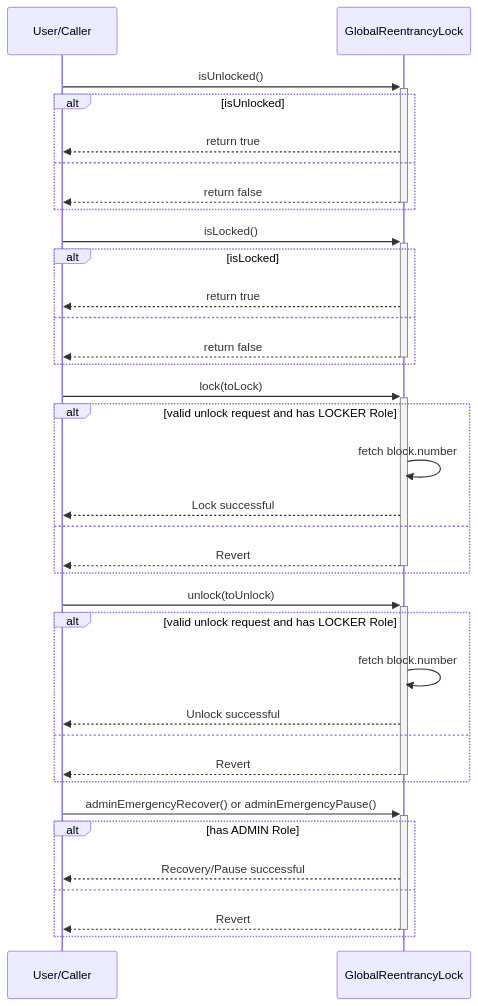
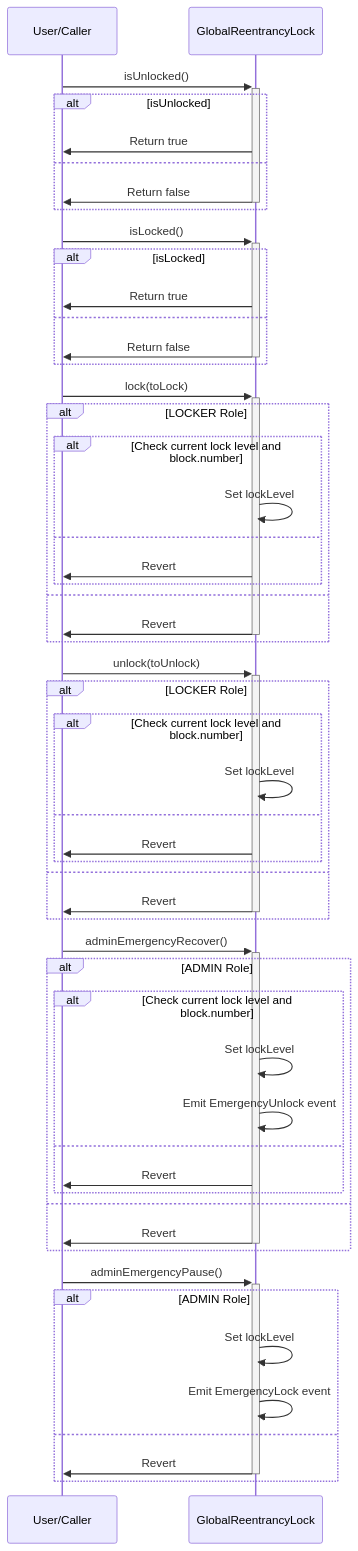
The second of 2 diagrams in doc/contracts/core/GlobalReentrancyLock.md (ZTX-Foundation/tuxedo), drawn with Mermaid before and after one commit. The commit also changed 17 other files, not shown here.

````diff
--- a/doc/contracts/core/GlobalReentrancyLock.md
+++ b/doc/contracts/core/GlobalReentrancyLock.md
@@ -18,42 +18,61 @@
 ```mermaid
 sequenceDiagram
     participant User as User/Caller
     participant GlobalReentrancyLock
 
     User->>+GlobalReentrancyLock: isUnlocked()
     alt isUnlocked
-        GlobalReentrancyLock-->>User: return true
+        GlobalReentrancyLock->>User: Return true
     else
-        GlobalReentrancyLock-->>-User: return false
+        GlobalReentrancyLock->>-User: Return false
     end
     
     User->>+GlobalReentrancyLock: isLocked()
     alt isLocked
-        GlobalReentrancyLock-->>User: return true
+        GlobalReentrancyLock->>User: Return true
     else
-        GlobalReentrancyLock-->>-User: return false
+        GlobalReentrancyLock->>-User: Return false
     end
     
     User->>+GlobalReentrancyLock: lock(toLock)
-    alt valid unlock request and has LOCKER Role
-        GlobalReentrancyLock->>GlobalReentrancyLock: fetch block.number
-        GlobalReentrancyLock-->>User: Lock successful
+    alt LOCKER Role
+        alt Check current lock level and block.number
+            GlobalReentrancyLock->>GlobalReentrancyLock: Set lockLevel
+        else
+            GlobalReentrancyLock->>User: Revert
+        end
     else
-        GlobalReentrancyLock-->>-User: Revert
+        GlobalReentrancyLock->>-User: Revert
+    end
+
+    User->>+GlobalReentrancyLock: unlock(toUnlock)
+    alt LOCKER Role
+        alt Check current lock level and block.number
+            GlobalReentrancyLock->>GlobalReentrancyLock: Set lockLevel
+        else
+            GlobalReentrancyLock->>User: Revert
+        end
+    else
+        GlobalReentrancyLock->>-User: Revert
     end
     
-    User->>+GlobalReentrancyLock: unlock(toUnlock)
-    alt valid unlock request and has LOCKER Role
-        GlobalReentrancyLock->>GlobalReentrancyLock: fetch block.number
-        GlobalReentrancyLock-->>User: Unlock successful
+    User->>+GlobalReentrancyLock: adminEmergencyRecover()
+    alt ADMIN Role
+        alt Check current lock level and block.number
+            GlobalReentrancyLock->>GlobalReentrancyLock: Set lockLevel
+            GlobalReentrancyLock->>GlobalReentrancyLock: Emit EmergencyUnlock event
+        else
+            GlobalReentrancyLock->>User: Revert
+        end
     else
-        GlobalReentrancyLock-->>-User: Revert
+        GlobalReentrancyLock->>-User: Revert
     end
     
-    User->>+GlobalReentrancyLock: adminEmergencyRecover() or adminEmergencyPause()
-    alt has ADMIN Role
-        GlobalReentrancyLock-->>User: Recovery/Pause successful
+    User->>+GlobalReentrancyLock: adminEmergencyPause()
+    alt ADMIN Role
+        GlobalReentrancyLock->>GlobalReentrancyLock: Set lockLevel
+        GlobalReentrancyLock->>GlobalReentrancyLock: Emit EmergencyLock event
     else
-        GlobalReentrancyLock-->>-User: Revert
+        GlobalReentrancyLock->>-User: Revert
     end
 ```
````
